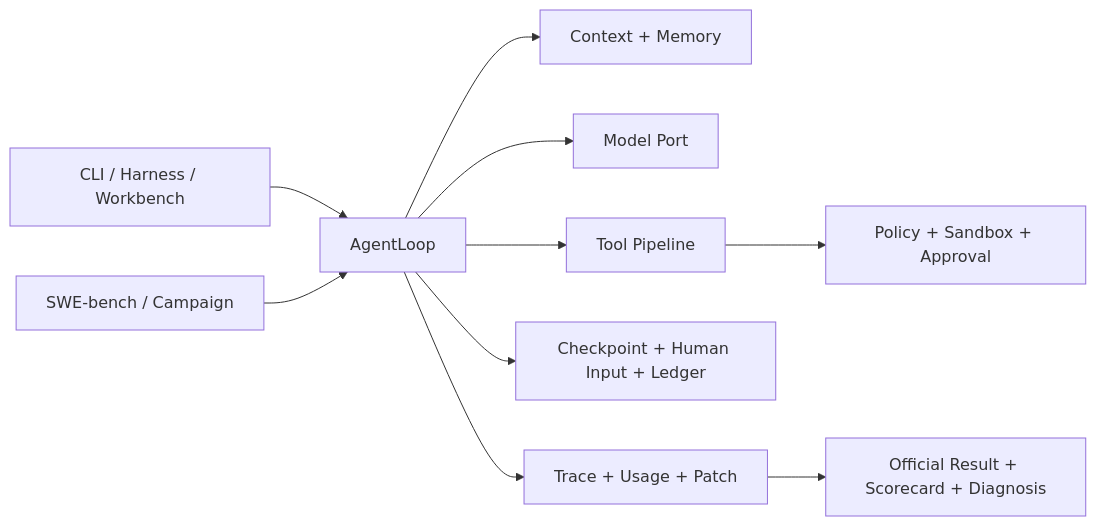
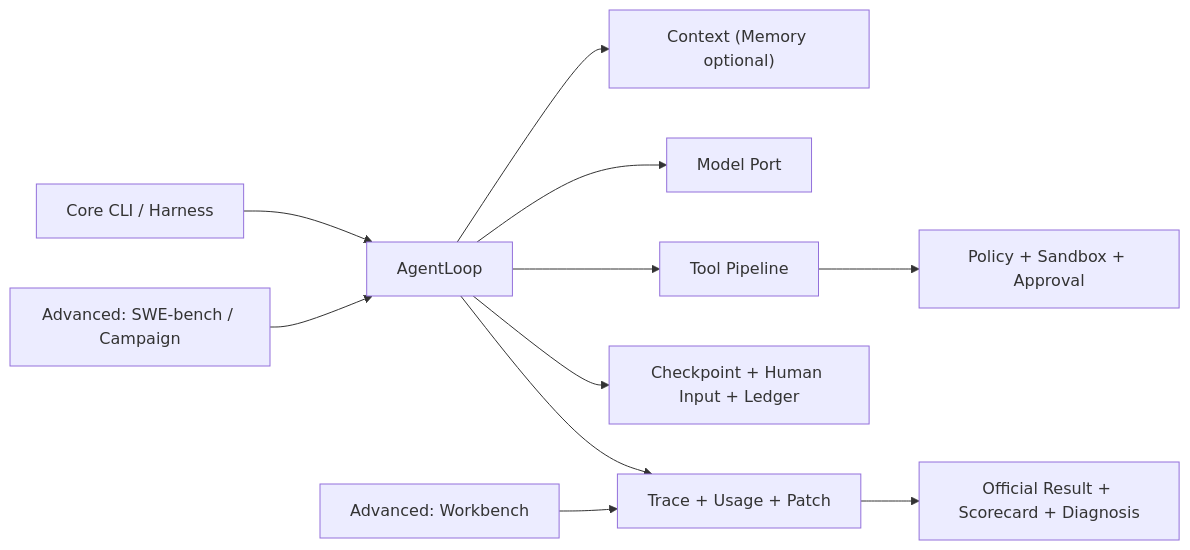
Before and after one commit to semi-hollow/NanoHarness: the diagram in README.md, drawn with Mermaid. The commit also changed other lines of this file and 58 other files, not shown here.

````diff
--- a/README.md
+++ b/README.md
@@ -176,12 +191,13 @@
 ```mermaid
 flowchart LR
-    Entry["CLI / Harness / Workbench"] --> Loop["AgentLoop"]
-    Bench["SWE-bench / Campaign"] --> Loop
-    Loop --> Context["Context + Memory"]
+    Entry["Core CLI / Harness"] --> Loop["AgentLoop"]
+    Bench["Advanced: SWE-bench / Campaign"] --> Loop
+    Loop --> Context["Context (Memory optional)"]
     Loop --> Model["Model Port"]
     Loop --> Tools["Tool Pipeline"]
     Tools --> Safety["Policy + Sandbox + Approval"]
     Loop --> State["Checkpoint + Human Input + Ledger"]
     Loop --> Evidence["Trace + Usage + Patch"]
     Evidence --> Eval["Official Result + Scorecard + Diagnosis"]
+    UI["Advanced: Workbench"] --> Evidence
 ```
````
